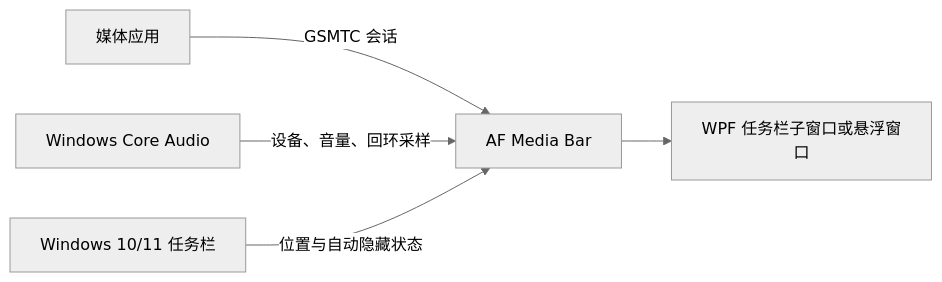
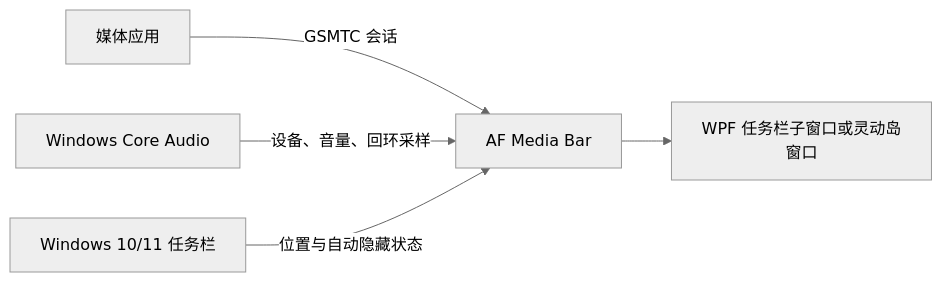
The diagram in README.md (Fervent-Tempo/AF-Media-Bar), drawn with Mermaid (neutral theme) before and after one commit. The commit also changed other lines of this file and 20 other files, not shown here.

````diff
--- a/README.md
+++ b/README.md
@@ -119,7 +119,7 @@
 ```mermaid
 flowchart LR
     A[媒体应用] -->|GSMTC 会话| B[AF Media Bar]
     C[Windows Core Audio] -->|设备、音量、回环采样| B
     D[Windows 10/11 任务栏] -->|位置与自动隐藏状态| B
-    B --> E[WPF 任务栏子窗口或悬浮窗口]
+    B --> E[WPF 任务栏子窗口或灵动岛窗口]
 ```
````
